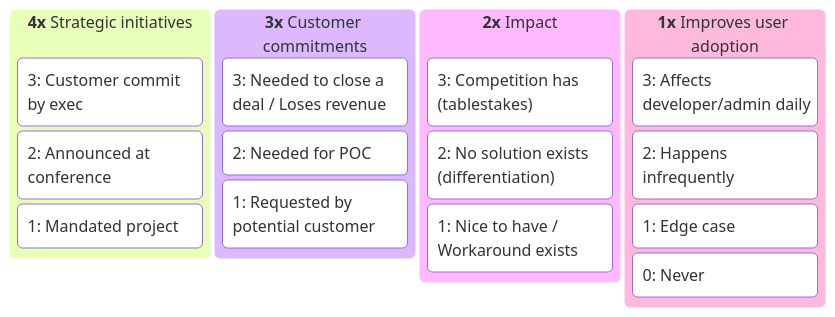
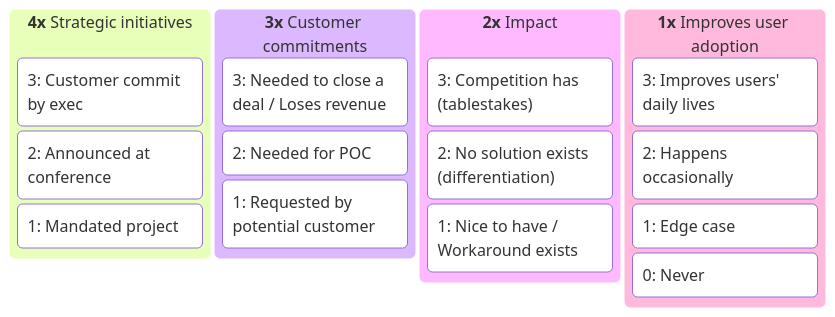
The first of 2 diagrams in drafts/Roadmaps-roadmaps-roadmaps.md (pm-essentials/pm-blog), drawn with Mermaid before and after one commit.

Commit message:
minor updates to quant criteria

````diff
--- a/drafts/Roadmaps-roadmaps-roadmaps.md
+++ b/drafts/Roadmaps-roadmaps-roadmaps.md
@@ -26,20 +26,20 @@
 ```mermaid
 kanban
   col0["**4x** Strategic initiatives"]
     commit["3: Customer commit by exec"]
     conference["2: Announced at conference"]
     caprice["1: Mandated project"]
   col1["**3x** Customer commitments"]
     closer["3: Needed to close a deal / Loses revenue"]
     poc["2: Needed for POC"]
     req["1: Requested by potential customer"]
   col2["**2x** Impact"]
     tablestakes["3: Competition has (tablestakes)"]
     differentation["2: No solution exists (differentiation)"]
     nice["1: Nice to have / Workaround exists"]
   col5["**1x** Improves user adoption"]
-    frequent["3: Affects developer/admin daily"]
-    occasional["2: Happens infrequently"]
+    frequent["3: Improves users' daily lives"]
+    occasional["2: Happens occasionally"]
     edgeCase["1: Edge case"]
     never["0: Never"]
 ```
````
